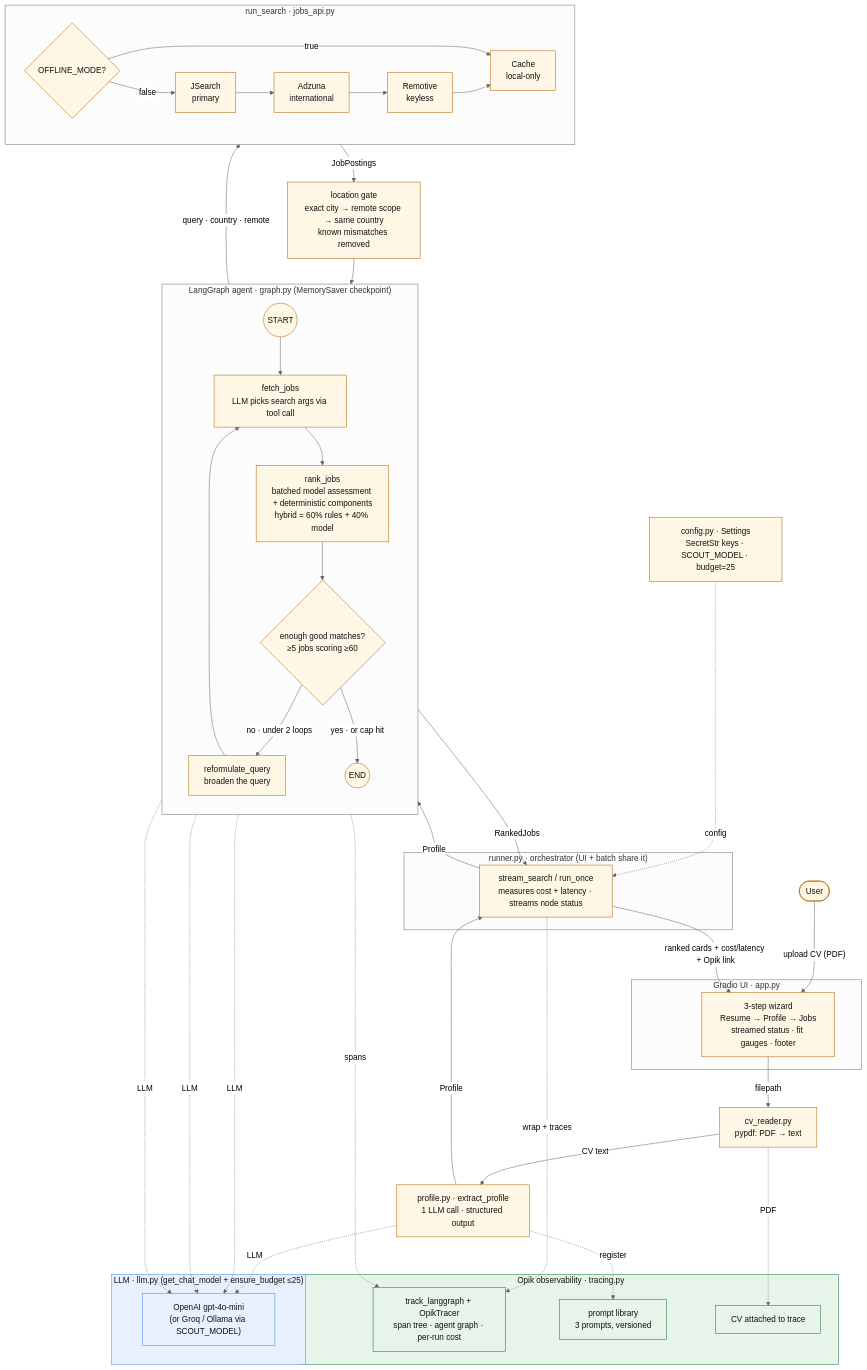
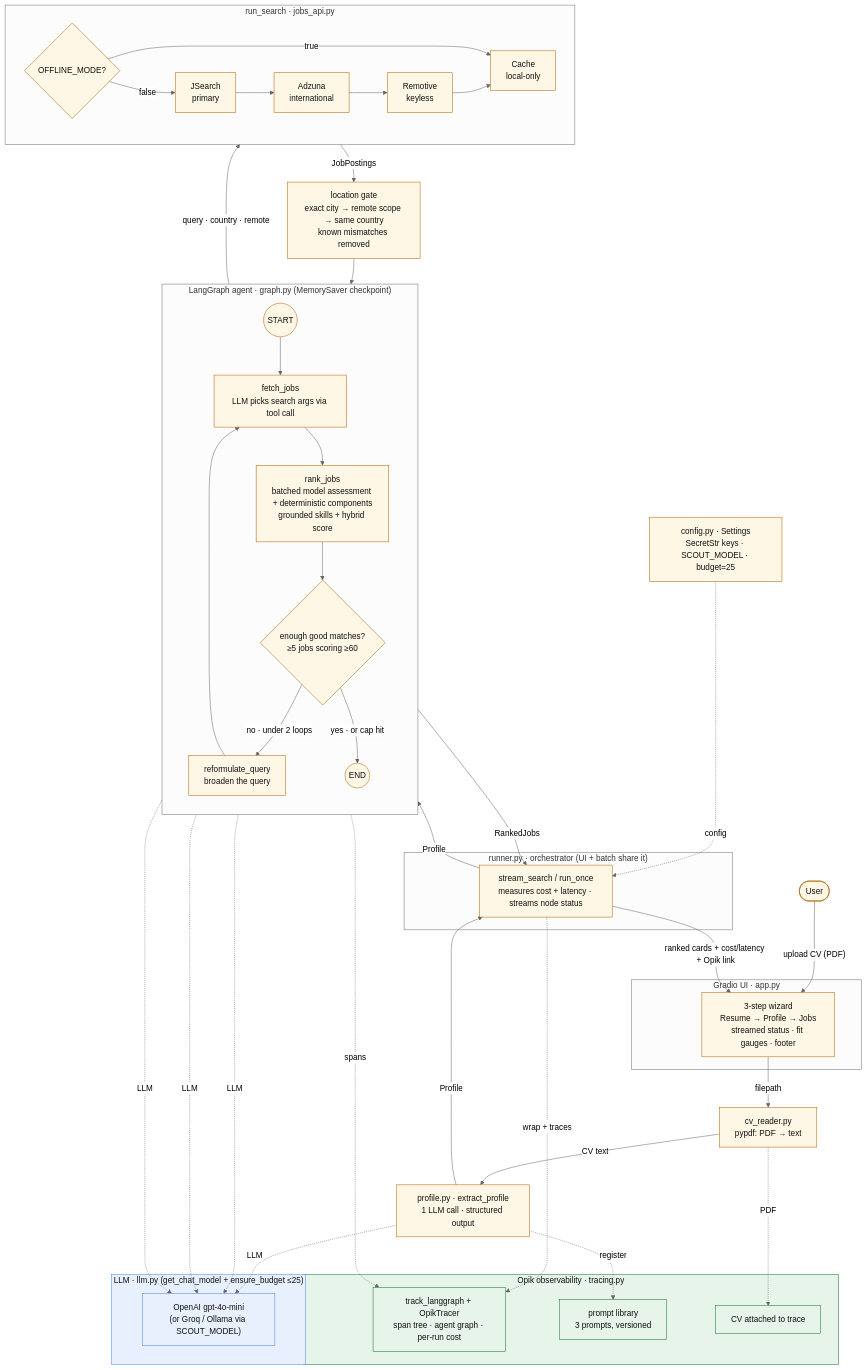
The diagram in docs/architecture.md (exitLQ/the-agent-that-got-me-rejected), drawn with Mermaid (neutral theme) before and after one commit. The commit also changed other lines of this file and 14 other files, not shown here.

````diff
--- a/docs/architecture.md
+++ b/docs/architecture.md
@@ -11,68 +11,68 @@
 ```mermaid
 flowchart TB
   U(["User"]) -->|"upload CV (PDF)"| UI
 
   subgraph UI_L["Gradio UI · app.py"]
     UI["3-step wizard<br/>Resume → Profile → Jobs<br/>streamed status · fit gauges · footer"]
   end
 
   UI -->|"filepath"| CVR["cv_reader.py<br/>pypdf: PDF → text"]
   CVR -->|"CV text"| EP["profile.py · extract_profile<br/>1 LLM call · structured output"]
   EP -->|"Profile"| RUN
 
   subgraph ORCH["runner.py · orchestrator (UI + batch share it)"]
     RUN["stream_search / run_once<br/>measures cost + latency · streams node status"]
   end
 
   RUN -->|"Profile"| G
 
   subgraph G["LangGraph agent · graph.py (MemorySaver checkpoint)"]
     direction TB
     S((START)) --> FJ
     FJ["fetch_jobs<br/>LLM picks search args via tool call"] --> RJ
-    RJ["rank_jobs<br/>batched model assessment + deterministic components<br/>hybrid = 60% rules + 40% model"] --> D{"enough good matches?<br/>≥5 jobs scoring ≥60"}
+    RJ["rank_jobs<br/>batched model assessment + deterministic components<br/>grounded skills + hybrid score"] --> D{"enough good matches?<br/>≥5 jobs scoring ≥60"}
     D -->|"no · under 2 loops"| RQ["reformulate_query<br/>broaden the query"]
     RQ --> FJ
     D -->|"yes · or cap hit"| E((END))
   end
 
   FJ -->|"query · country · remote"| SRCH
   subgraph SRCH["run_search · jobs_api.py"]
     direction LR
     MODE{"OFFLINE_MODE?"} -->|"true"| CA["Cache<br/>local-only"]
     MODE -->|"false"| JS["JSearch<br/>primary"]
     JS --> AZ["Adzuna<br/>international"] --> RM["Remotive<br/>keyless"] --> CA
   end
   SRCH -->|"JobPostings"| LOC["location gate<br/>exact city → remote scope → same country<br/>known mismatches removed"]
   LOC --> RJ
 
   E -->|"RankedJobs"| RUN
   RUN -->|"ranked cards + cost/latency + Opik link"| UI
 
   subgraph LLM_L["LLM · llm.py (get_chat_model + ensure_budget ≤25)"]
     OA["OpenAI gpt-4o-mini<br/>(or Groq / Ollama via SCOUT_MODEL)"]
   end
   EP -. "LLM" .-> OA
   FJ -. "LLM" .-> OA
   RJ -. "LLM" .-> OA
   RQ -. "LLM" .-> OA
 
   subgraph OBS["Opik observability · tracing.py"]
     TR["track_langgraph + OpikTracer<br/>span tree · agent graph · per-run cost"]
     PL["prompt library<br/>3 prompts, versioned"]
     AT["CV attached to trace"]
   end
   RUN -. "wrap + traces" .-> TR
   G -. "spans" .-> TR
   EP -. "register" .-> PL
   CVR -. "PDF" .-> AT
 
   CFG["config.py · Settings<br/>SecretStr keys · SCOUT_MODEL · budget=25"] -. "config" .-> RUN
 
   classDef llm fill:#e8f0fe,stroke:#4285f4,color:#111;
   classDef obs fill:#e6f4ea,stroke:#137333,color:#111;
   classDef node fill:#fff7e6,stroke:#b06000,color:#111;
   class OA,LLM_L llm;
   class TR,PL,AT,OBS obs;
   class FJ,RJ,RQ node;
 ```
````
